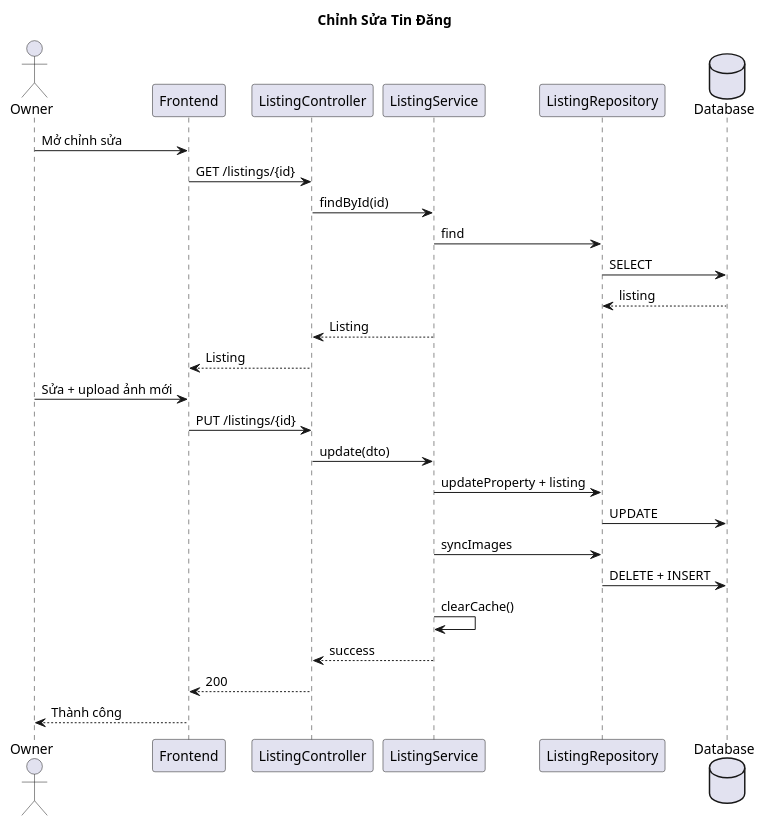
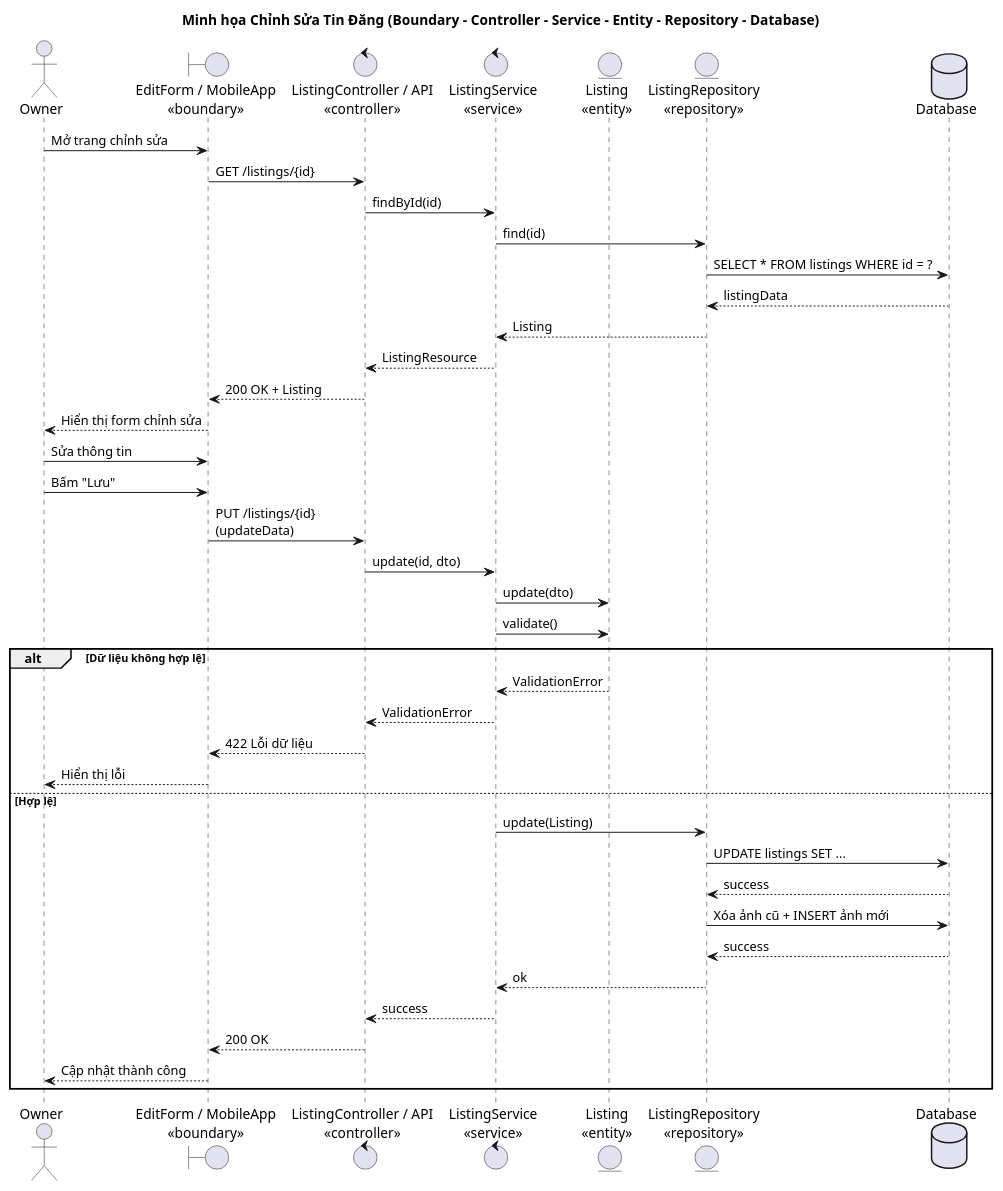
One commit to BuiThaiBao/Propify changed the diagram in docs/sequence-diagram-chinh-sua-tin-dang.md. Above: the diagram before and after it, drawn with PlantUML. The commit also changed 12 other files, not shown here.

Commit message:
feat: update sequence diagrams to include detailed interactions and 3-layer architecture representation

````diff
--- a/docs/sequence-diagram-chinh-sua-tin-dang.md
+++ b/docs/sequence-diagram-chinh-sua-tin-dang.md
@@ -3,32 +3,47 @@
 ```plantuml
 @startuml
-title Chỉnh Sửa Tin Đăng
+title Minh họa Chỉnh Sửa Tin Đăng (Boundary - Controller - Service - Entity - Repository - Database)
 
 actor "Owner" as Owner
-participant "Frontend" as FE
-participant "ListingController" as Controller
-participant "ListingService" as Service
-participant "ListingRepository" as Repo
+boundary "EditForm / MobileApp\n«boundary»" as FE
+control "ListingController / API\n«controller»" as Controller
+control "ListingService\n«service»" as Service
+entity "Listing\n«entity»" as ListingEntity
+entity "ListingRepository\n«repository»" as Repo
 database "Database" as DB
 
-Owner -> FE: Mở chỉnh sửa
+Owner -> FE: Mở trang chỉnh sửa
 FE -> Controller: GET /listings/{id}
 Controller -> Service: findById(id)
-Service -> Repo: find
-Repo -> DB: SELECT
-DB --> Repo: listing
-Service --> Controller: Listing
-Controller --> FE: Listing
-Owner -> FE: Sửa + upload ảnh mới
-FE -> Controller: PUT /listings/{id}
-Controller -> Service: update(dto)
-Service -> Repo: updateProperty + listing
-Repo -> DB: UPDATE
-Service -> Repo: syncImages
-Repo -> DB: DELETE + INSERT
-Service -> Service: clearCache()
-Service --> Controller: success
-Controller --> FE: 200
-FE --> Owner: Thành công
+Service -> Repo: find(id)
+Repo -> DB: SELECT * FROM listings WHERE id = ?
+DB --> Repo: listingData
+Repo --> Service: Listing
+Service --> Controller: ListingResource
+Controller --> FE: 200 OK + Listing
+FE --> Owner: Hiển thị form chỉnh sửa
+Owner -> FE: Sửa thông tin
+Owner -> FE: Bấm "Lưu"
+FE -> Controller: PUT /listings/{id}\n(updateData)
+Controller -> Service: update(id, dto)
+Service -> ListingEntity: update(dto)
+Service -> ListingEntity: validate()
+
+alt Dữ liệu không hợp lệ
+  ListingEntity --> Service: ValidationError
+  Service --> Controller: ValidationError
+  Controller --> FE: 422 Lỗi dữ liệu
+  FE --> Owner: Hiển thị lỗi
+else Hợp lệ
+  Service -> Repo: update(Listing)
+  Repo -> DB: UPDATE listings SET ...
+  DB --> Repo: success
+  Repo -> DB: Xóa ảnh cũ + INSERT ảnh mới
+  DB --> Repo: success
+  Repo --> Service: ok
+  Service --> Controller: success
+  Controller --> FE: 200 OK
+  FE --> Owner: Cập nhật thành công
+end
 @enduml
 ```
````
